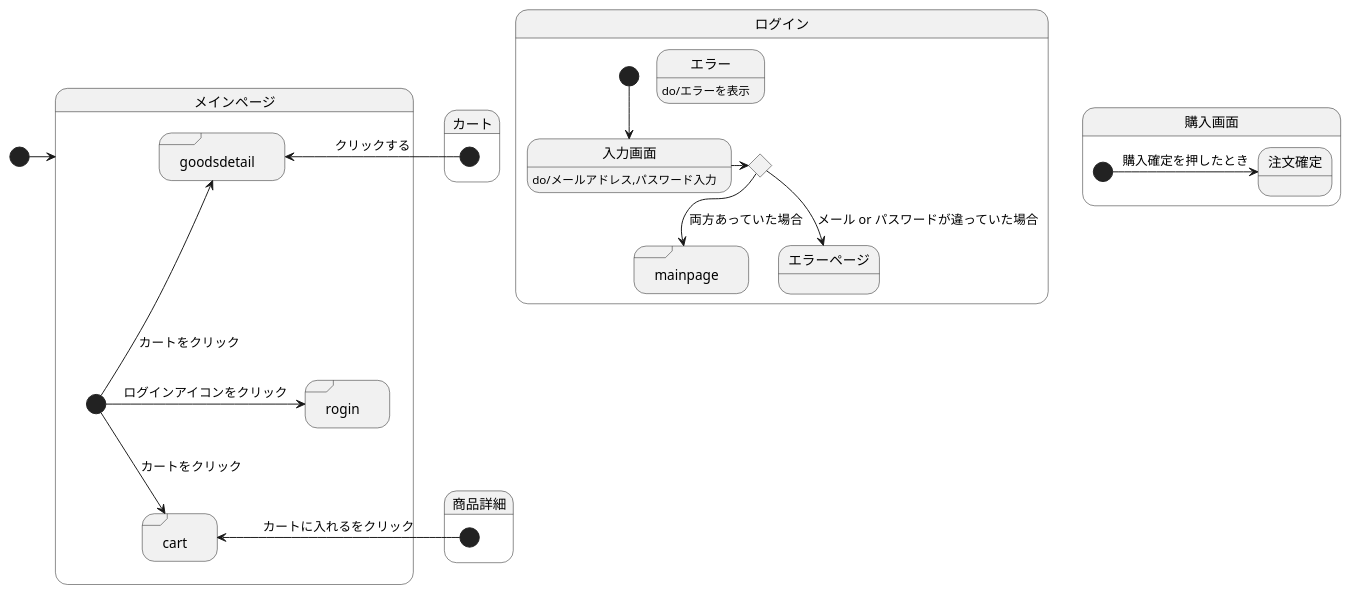
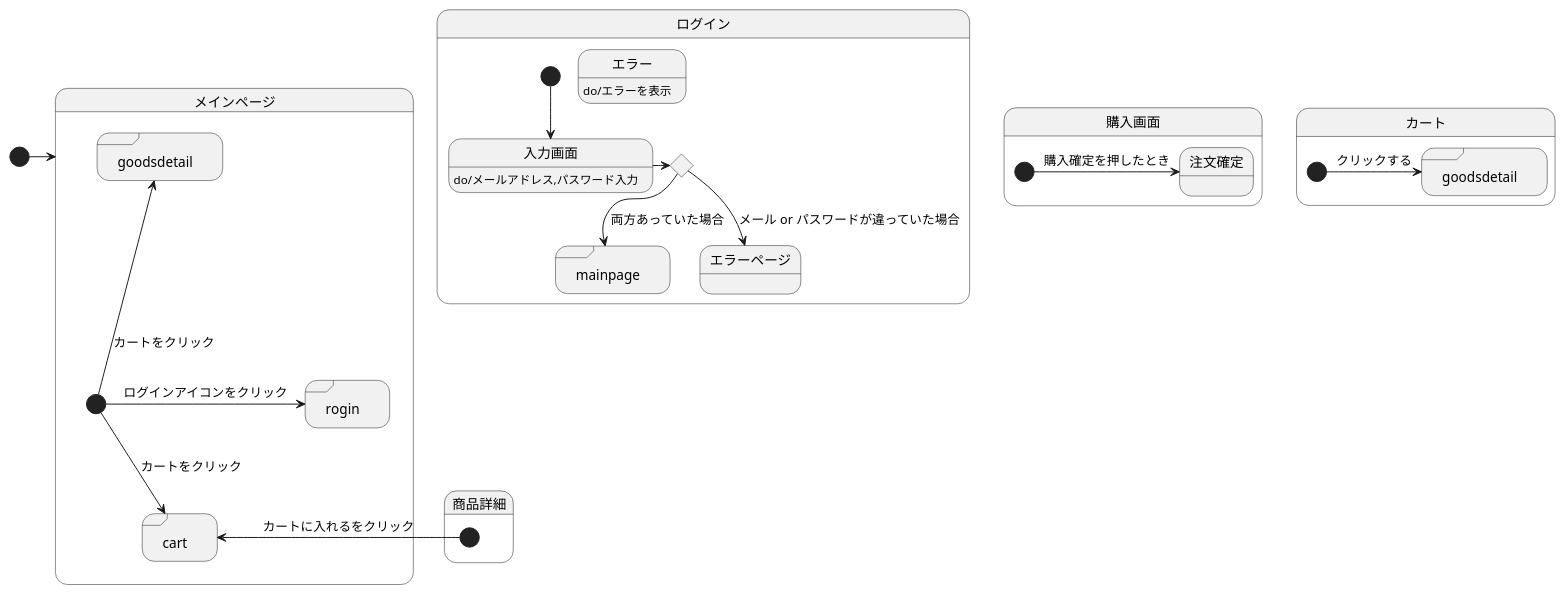
The diagram in UML.md (akutori/T-D-E), drawn with PlantUML before and after one commit.

````diff
--- a/UML.md
+++ b/UML.md
@@ -1,39 +1,39 @@
 ```uml
 @startuml
 [*]->メインページ
 state メインページ{
 state "rogin" <<sdlreceive>>
 state "cart" <<sdlreceive>>
 state "goodsdetail" <<sdlreceive>>
     [*]-> rogin :ログインアイコンをクリック
     [*]--> cart :カートをクリック
     [*]-up-> goodsdetail :カートをクリック
 }
 
 
 state ログイン{
 state input <<choice>>
 state "mainpage"<<sdlreceive>>
 入力画面:do/メールアドレス,パスワード入力
 エラー:do/エラーを表示
     [*]--> 入力画面
     入力画面->input
     input-->エラーページ:メール or パスワードが違っていた場合
     input-->mainpage : 両方あっていた場合
 
 }
 
 state 購入画面{
     [*]->注文確定 :購入確定を押したとき
 }
 
 state カート{
-state "goodsdetail" <<sdlreceive>>
-    [*]->goodsdetail :クリックする
+state "goodsdetail" as goods <<sdlreceive>>
+    [*]->goods :クリックする
 }
 state 商品詳細{
     [*]->cart :カートに入れるをクリック
 }
 
 @enduml
 ```
````
